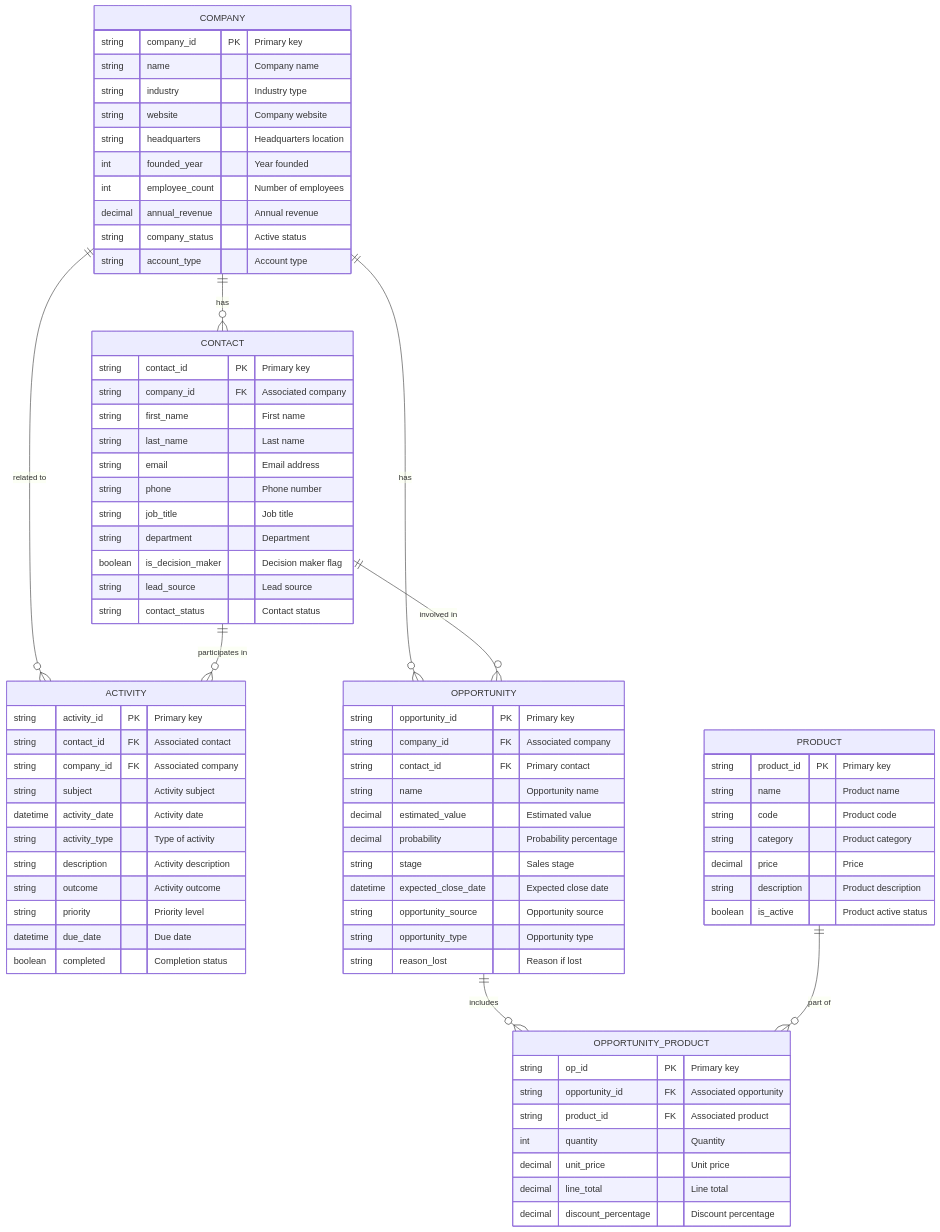
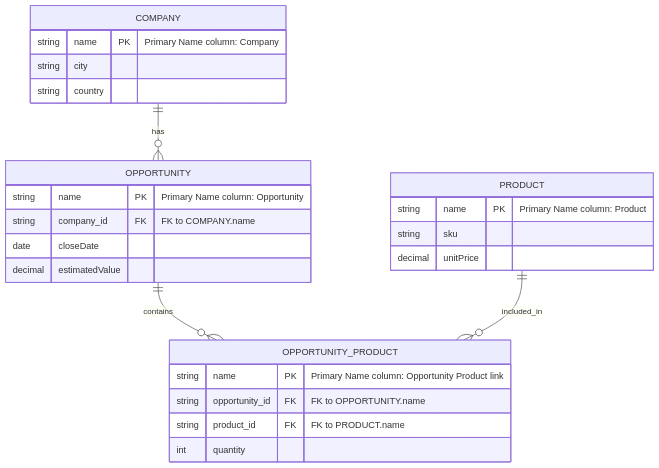
The diagram in examples/crm-solution.mmd (LuiseFreese/mermaid), drawn with Mermaid before and after one commit. The commit also changed 33 other files, not shown here.

```diff
--- a/examples/crm-solution.mmd
+++ b/examples/crm-solution.mmd
@@ -1,83 +1,30 @@
 erDiagram
     COMPANY {
-        string company_id PK "Primary key"
-        string name "Company name"
-        string industry "Industry type"
-        string website "Company website"
-        string headquarters "Headquarters location"
-        int founded_year "Year founded"
-        int employee_count "Number of employees"
-        decimal annual_revenue "Annual revenue"
-        string company_status "Active status" 
-        string account_type "Account type"
-    }
-    
-    CONTACT {
-        string contact_id PK "Primary key"
-        string company_id FK "Associated company"
-        string first_name "First name"
-        string last_name "Last name"
-        string email "Email address"
-        string phone "Phone number"
-        string job_title "Job title"
-        string department "Department"
-        boolean is_decision_maker "Decision maker flag"
-        string lead_source "Lead source"
-        string contact_status "Contact status"
-    }
-    
-    ACTIVITY {
-        string activity_id PK "Primary key"
-        string contact_id FK "Associated contact"
-        string company_id FK "Associated company"
-        string subject "Activity subject"
-        datetime activity_date "Activity date"
-        string activity_type "Type of activity"
-        string description "Activity description"
-        string outcome "Activity outcome"
-        string priority "Priority level"
-        datetime due_date "Due date"
-        boolean completed "Completion status"
-    }
-    
-    OPPORTUNITY {
-        string opportunity_id PK "Primary key"
-        string company_id FK "Associated company"
-        string contact_id FK "Primary contact"
-        string name "Opportunity name"
-        decimal estimated_value "Estimated value"
-        decimal probability "Probability percentage"
-        string stage "Sales stage"
-        datetime expected_close_date "Expected close date"
-        string opportunity_source "Opportunity source"
-        string opportunity_type "Opportunity type"
-        string reason_lost "Reason if lost"
-    }
-    
-    PRODUCT {
-        string product_id PK "Primary key"
-        string name "Product name"
-        string code "Product code"
-        string category "Product category"
-        decimal price "Price"
-        string description "Product description"
-        boolean is_active "Product active status"
-    }
-    
-    OPPORTUNITY_PRODUCT {
-        string op_id PK "Primary key"
-        string opportunity_id FK "Associated opportunity"
-        string product_id FK "Associated product"
-        int quantity "Quantity"
-        decimal unit_price "Unit price"
-        decimal line_total "Line total"
-        decimal discount_percentage "Discount percentage"
+        string name PK "Primary Name column: Company"
+        string city
+        string country
     }
 
-    COMPANY ||--o{ CONTACT : "has"
-    COMPANY ||--o{ ACTIVITY : "related to"
-    COMPANY ||--o{ OPPORTUNITY : "has"
-    CONTACT ||--o{ ACTIVITY : "participates in"
-    CONTACT ||--o{ OPPORTUNITY : "involved in"
-    OPPORTUNITY ||--o{ OPPORTUNITY_PRODUCT : "includes"
-    PRODUCT ||--o{ OPPORTUNITY_PRODUCT : "part of"
+    OPPORTUNITY {
+        string name PK "Primary Name column: Opportunity"
+        string company_id FK "FK to COMPANY.name"
+        date closeDate
+        decimal estimatedValue
+    }
+
+    PRODUCT {
+        string name PK "Primary Name column: Product"
+        string sku
+        decimal unitPrice
+    }
+
+    OPPORTUNITY_PRODUCT {
+        string name PK "Primary Name column: Opportunity Product link"
+        string opportunity_id FK "FK to OPPORTUNITY.name"
+        string product_id FK "FK to PRODUCT.name"
+        int quantity
+    }
+
+    COMPANY ||--o{ OPPORTUNITY : has
+    OPPORTUNITY ||--o{ OPPORTUNITY_PRODUCT : contains
+    PRODUCT ||--o{ OPPORTUNITY_PRODUCT : included_in
```
